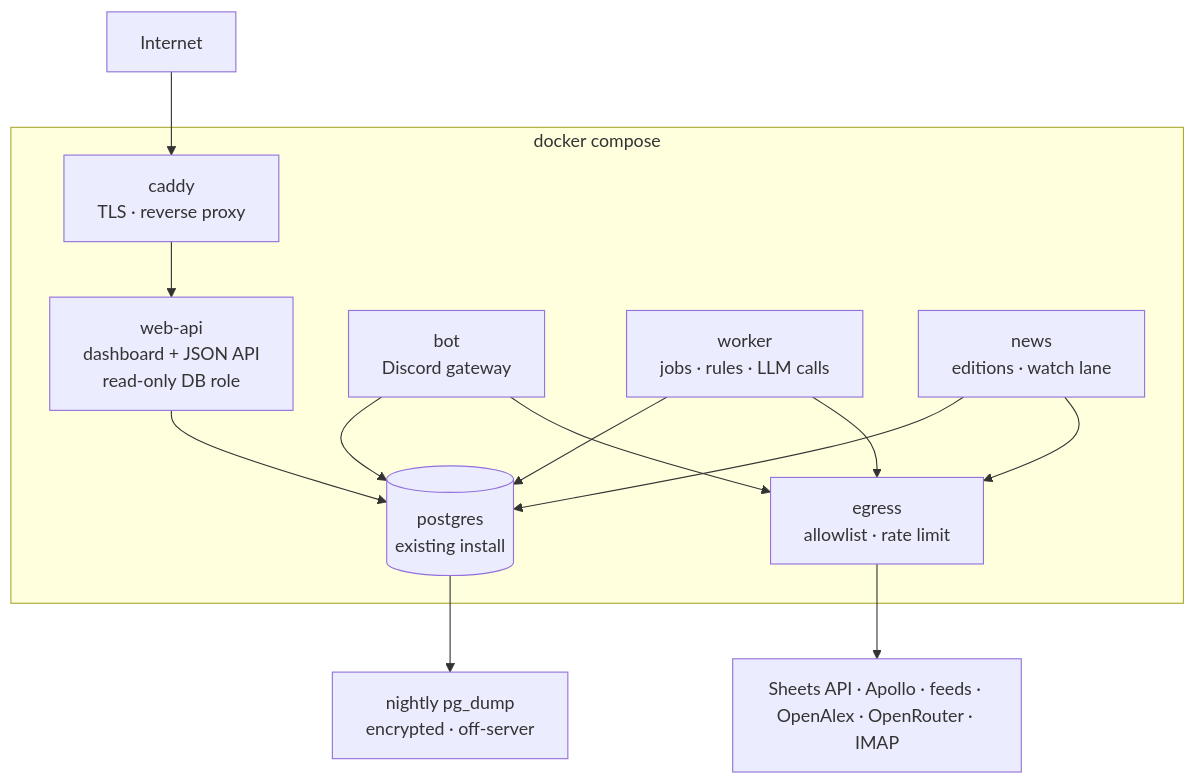
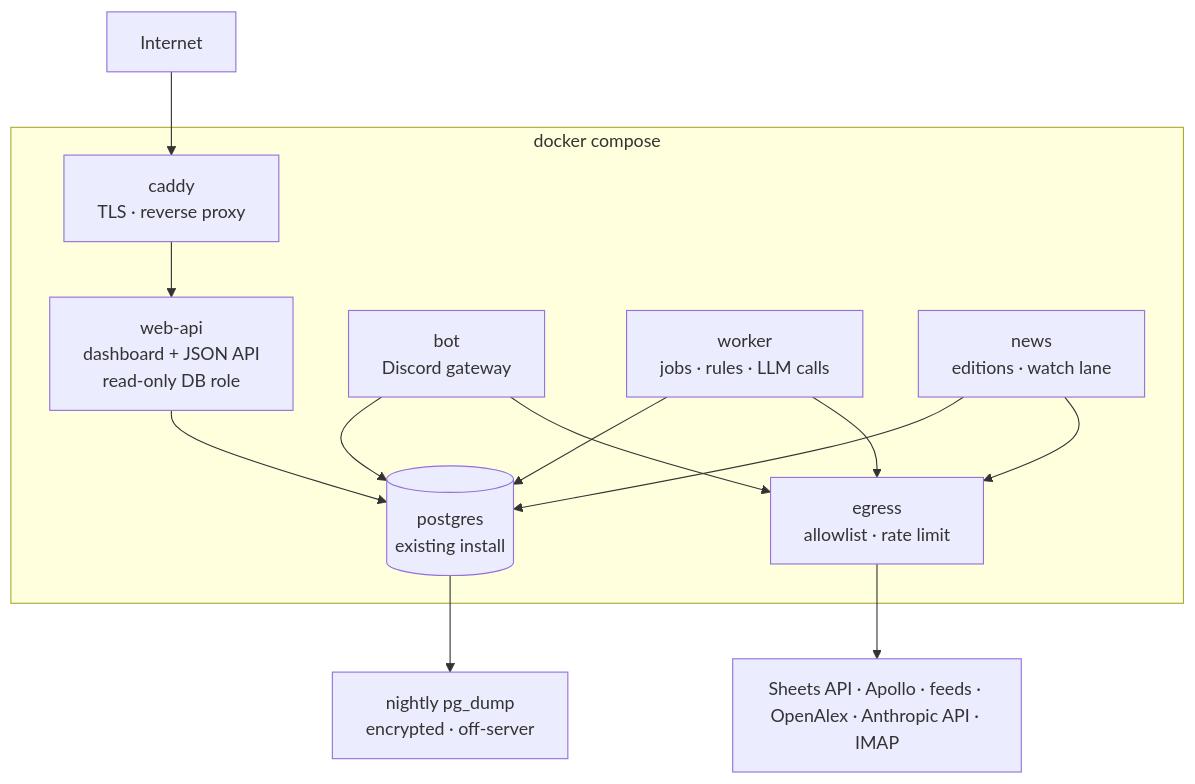
One commit to Trishi7/Saley changed the second of 19 diagrams in docs/01-architecture.md. Above: the diagram before and after it, drawn with Mermaid. The commit also changed other lines of this file and 121 other files, not shown here.

````diff
--- a/docs/01-architecture.md
+++ b/docs/01-architecture.md
@@ -41,23 +41,23 @@
 ```mermaid
 flowchart TB
   NET["Internet"] --> CADDY["caddy<br/>TLS · reverse proxy"]
   CADDY --> WEB["web-api<br/>dashboard + JSON API<br/>read-only DB role"]
   subgraph COMPOSE["docker compose"]
     CADDY
     WEB
     BOT["bot<br/>Discord gateway"]
     WORKER["worker<br/>jobs · rules · LLM calls"]
     NEWS["news<br/>editions · watch lane"]
     PROXY["egress<br/>allowlist · rate limit"]
     PG[("postgres<br/>existing install")]
   end
   WEB --> PG
   BOT --> PG
   WORKER --> PG
   NEWS --> PG
   WORKER --> PROXY
   NEWS --> PROXY
   BOT --> PROXY
-  PROXY --> OUT["Sheets API · Apollo · feeds · OpenAlex · OpenRouter · IMAP"]
+  PROXY --> OUT["Sheets API · Apollo · feeds · OpenAlex · Anthropic API · IMAP"]
   PG --> BK["nightly pg_dump<br/>encrypted · off-server"]
 ```
````
